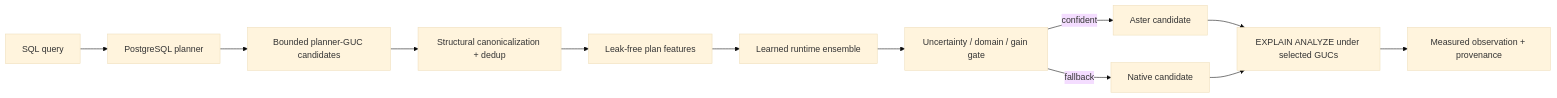
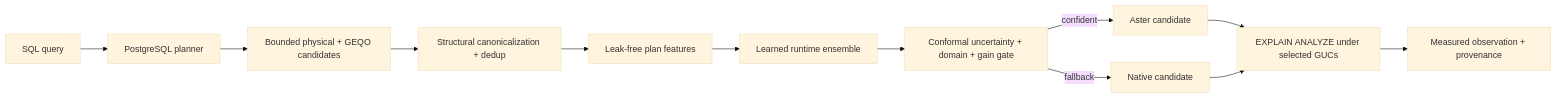
Before and after one commit to yjr28/aster-pg-optimizer: the diagram in README.md, drawn with Mermaid (base theme). The commit also changed other lines of this file, not shown here.

````diff
--- a/README.md
+++ b/README.md
@@ -13,14 +13,14 @@
 ```mermaid
 flowchart LR
     Q[SQL query] --> PG[PostgreSQL planner]
-    PG --> C[Bounded planner-GUC candidates]
+    PG --> C[Bounded physical + GEQO candidates]
     C --> D[Structural canonicalization + dedup]
     D --> F[Leak-free plan features]
     F --> M[Learned runtime ensemble]
-    M --> U[Uncertainty / domain / gain gate]
+    M --> U[Conformal uncertainty + domain + gain gate]
     U -->|confident| A[Aster candidate]
     U -->|fallback| N[Native candidate]
     A --> E[EXPLAIN ANALYZE under selected GUCs]
     N --> E
     E --> O[Measured observation + provenance]
 ```
````
